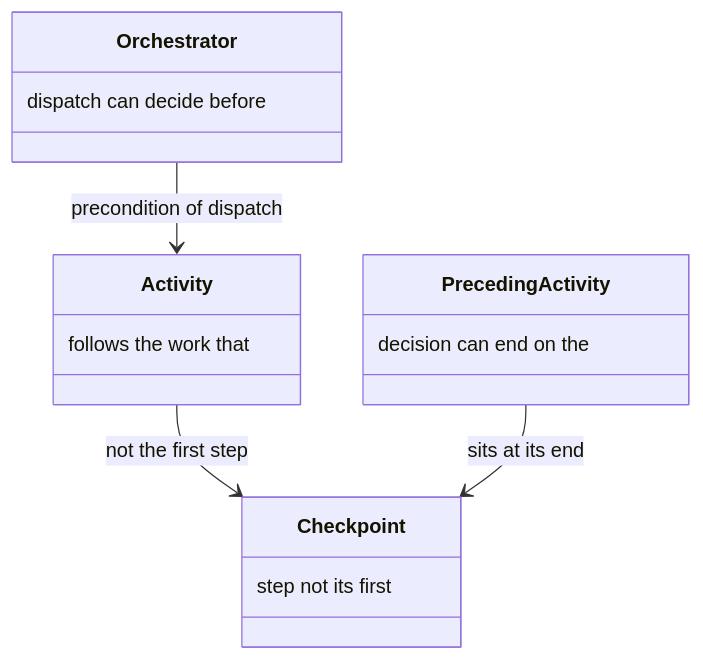
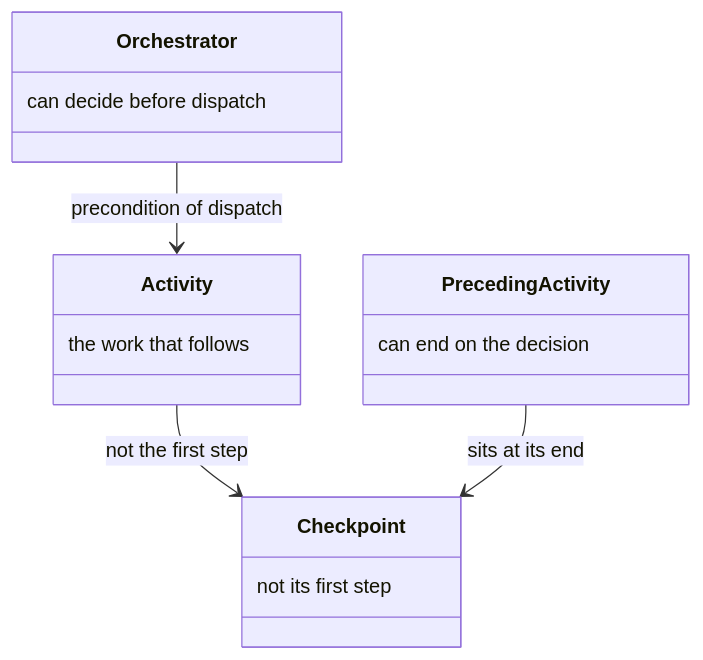
Diagram 20 of 22 in docs/checkpoint.md (m2ux/workflow-server), drawn with Mermaid before and after one commit. The commit also changed other lines of this file and 10 other files, not shown here.

Commit message:
Write each class-box note in reading order so the diagram shows the phrase as written.

````diff
--- a/docs/checkpoint.md
+++ b/docs/checkpoint.md
@@ -517,18 +517,18 @@
 ```mermaid
 classDiagram
   class Activity {
-    follows the work that
+    the work that follows
   }
   class Checkpoint {
-    step not its first
+    not its first step
   }
   class PrecedingActivity {
-    decision can end on the
+    can end on the decision
   }
   class Orchestrator {
-    dispatch can decide before
+    can decide before dispatch
   }
   Activity --> Checkpoint : not the first step
   PrecedingActivity --> Checkpoint : sits at its end
   Orchestrator --> Activity : precondition of dispatch
 ```
````
